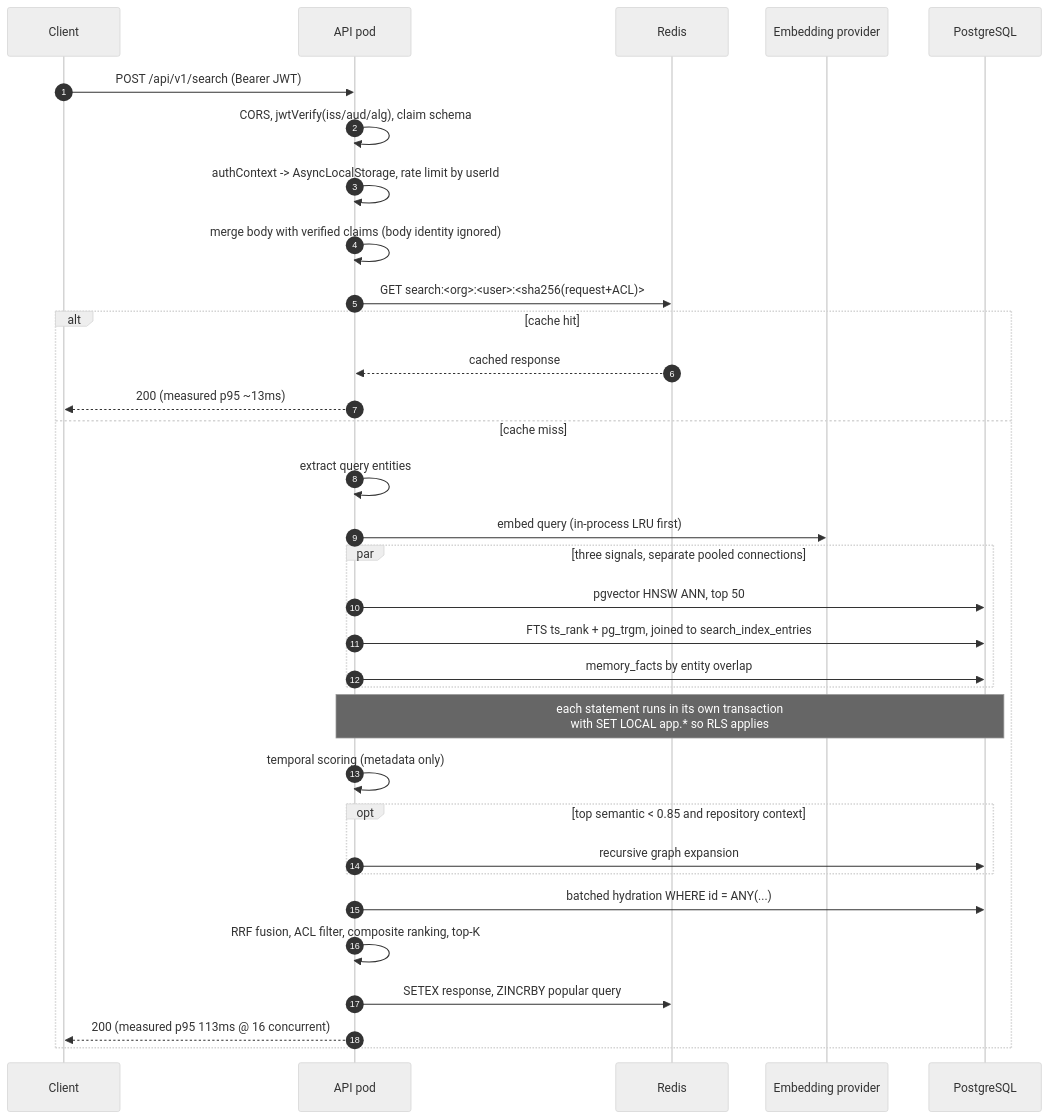
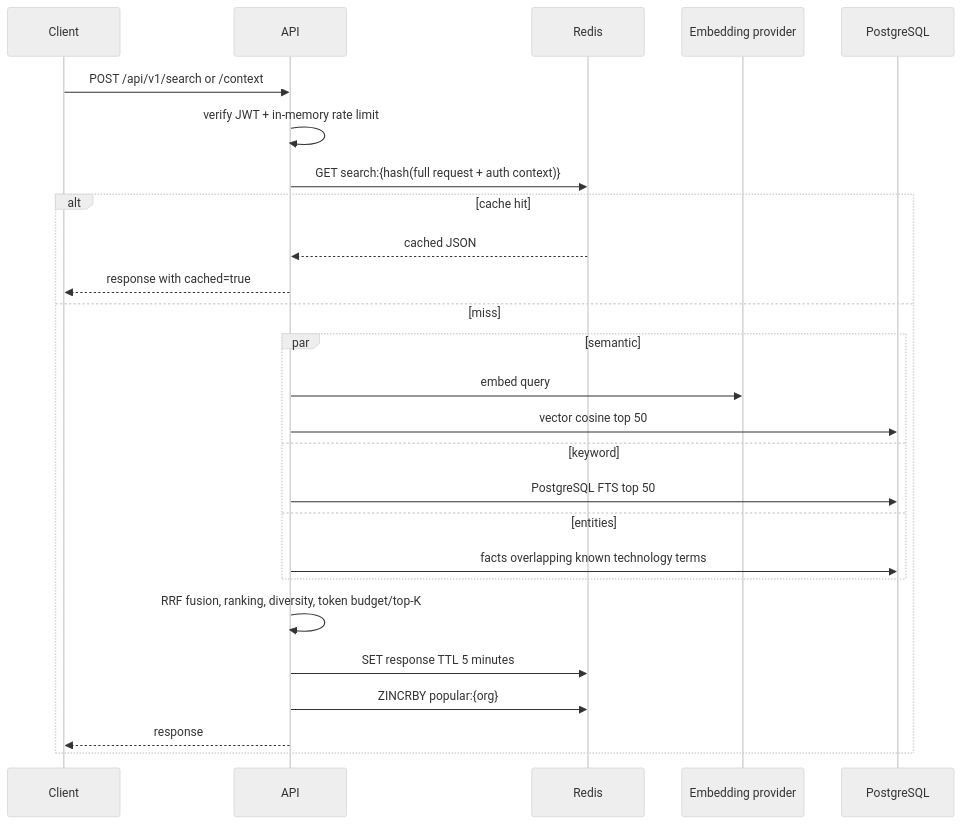
One commit to mihaibalaci/synapse changed the fourth of 4 diagrams in docs/DATA-FLOW.md. Above: the diagram before and after it, drawn with Mermaid (neutral theme). The commit also changed other lines of this file and 71 other files, not shown here.

````diff
--- a/docs/DATA-FLOW.md
+++ b/docs/DATA-FLOW.md
@@ -123,36 +85,29 @@
 ```mermaid
 sequenceDiagram
-    autonumber
-    participant C as Client
-    participant A as API pod
-    participant R as Redis
-    participant E as Embedding provider
-    participant P as PostgreSQL
+  participant C as Client
+  participant A as API
+  participant R as Redis
+  participant E as Embedding provider
+  participant P as PostgreSQL
 
-    C->>A: POST /api/v1/search (Bearer JWT)
-    A->>A: CORS, jwtVerify(iss/aud/alg), claim schema
-    A->>A: authContext -> AsyncLocalStorage, rate limit by userId
-    A->>A: merge body with verified claims (body identity ignored)
-    A->>R: GET search:<org>:<user>:<sha256(request+ACL)>
-    alt cache hit
-        R-->>A: cached response
-        A-->>C: 200 (measured p95 ~13ms)
-    else cache miss
-        A->>A: extract query entities
-        A->>E: embed query (in-process LRU first)
-        par three signals, separate pooled connections
-            A->>P: pgvector HNSW ANN, top 50
-            A->>P: FTS ts_rank + pg_trgm, joined to search_index_entries
-            A->>P: memory_facts by entity overlap
-        end
-        Note over A,P: each statement runs in its own transaction<br/>with SET LOCAL app.* so RLS applies
-        A->>A: temporal scoring (metadata only)
-        opt top semantic < 0.85 and repository context
-            A->>P: recursive graph expansion
-        end
-        A->>P: batched hydration WHERE id = ANY(...)
-        A->>A: RRF fusion, ACL filter, composite ranking, top-K
-        A->>R: SETEX response, ZINCRBY popular query
-        A-->>C: 200 (measured p95 113ms @ 16 concurrent)
+  C->>A: POST /api/v1/search or /context
+  A->>A: verify JWT + in-memory rate limit
+  A->>R: GET search:{hash(full request + auth context)}
+  alt cache hit
+    R-->>A: cached JSON
+    A-->>C: response with cached=true
+  else miss
+    par semantic
+      A->>E: embed query
+      A->>P: vector cosine top 50
+    and keyword
+      A->>P: PostgreSQL FTS top 50
+    and entities
+      A->>P: facts overlapping known technology terms
     end
+    A->>A: RRF fusion, ranking, diversity, token budget/top-K
+    A->>R: SET response TTL 5 minutes
+    A->>R: ZINCRBY popular:{org}
+    A-->>C: response
+  end
 ```
````
